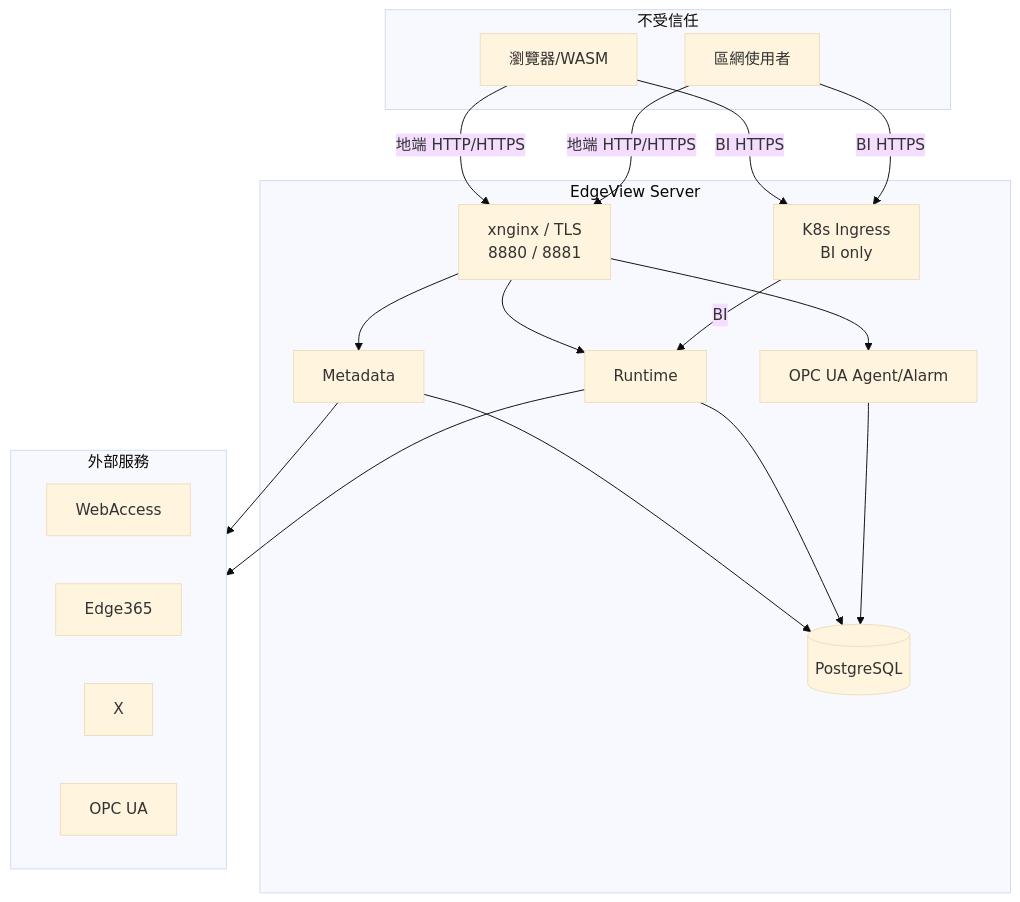
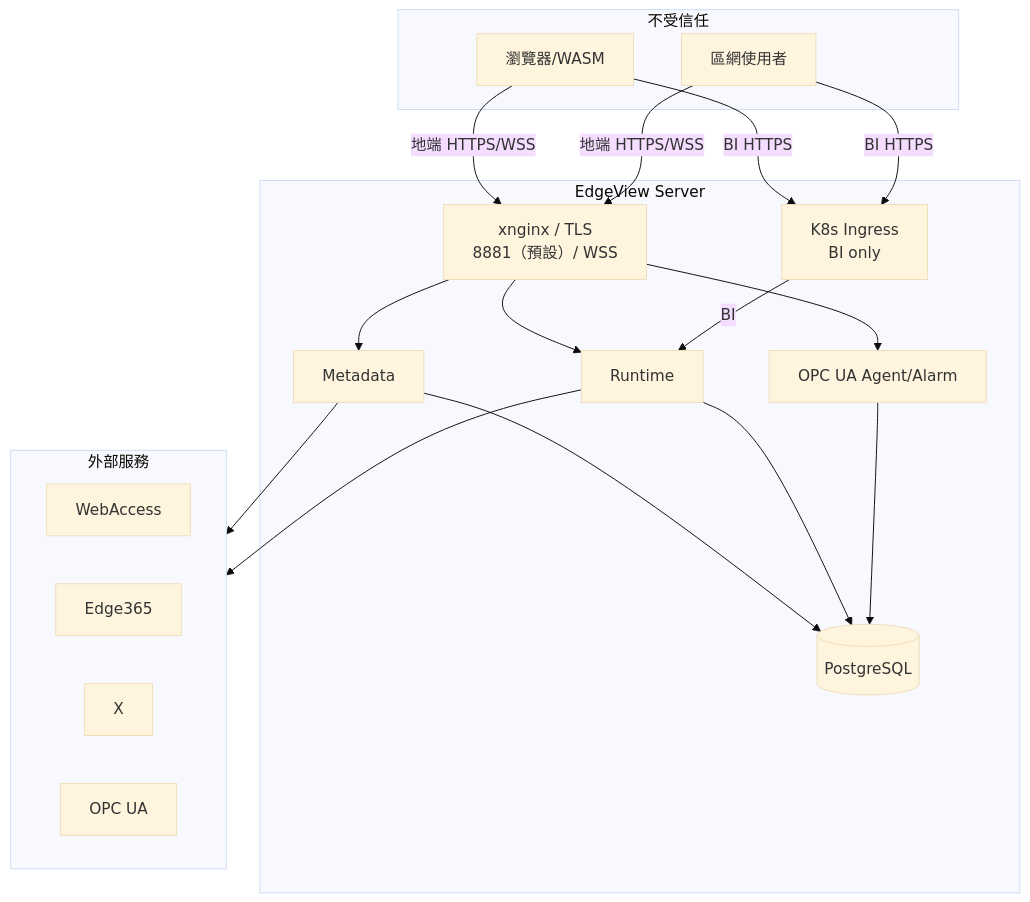
The first of 2 diagrams in SDS/08_Security_Design.md (PochengChen-del/EdgeViewDoc), drawn with Mermaid (base theme) before and after one commit. The commit also changed other lines of this file and 9 other files, not shown here.

````diff
--- a/SDS/08_Security_Design.md
+++ b/SDS/08_Security_Design.md
@@ -16,34 +16,34 @@
 ```mermaid
 flowchart TB
     subgraph Untrusted["不受信任"]
         Browser[瀏覽器/WASM]
         LAN[區網使用者]
     end
     subgraph Edge["EdgeView Server"]
-        NG[xnginx / TLS<br/>8880 / 8881]
+        NG[xnginx / TLS<br/>8881（預設）/ WSS]
         Ingress[K8s Ingress<br/>BI only]
         Meta[Metadata]
         Proxy[Runtime]
         Agent[OPC UA Agent/Alarm]
         DB[(PostgreSQL)]
     end
     subgraph External["外部服務"]
         WA[WebAccess]
         EH[Edge365]
         X[X]
         OPC[OPC UA]
     end
-    Browser -->|地端 HTTP/HTTPS| NG
-    LAN -->|地端 HTTP/HTTPS| NG
+    Browser -->|地端 HTTPS/WSS| NG
+    LAN -->|地端 HTTPS/WSS| NG
     Browser -->|BI HTTPS| Ingress
     LAN -->|BI HTTPS| Ingress
     NG --> Meta
     NG --> Proxy
     NG --> Agent
     Ingress -->|BI| Proxy
     Meta --> DB
     Proxy --> DB
     Agent --> DB
     Meta --> External
     Proxy --> External
 ```
````
